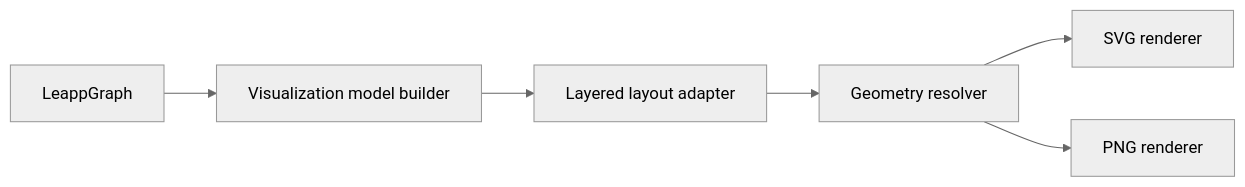
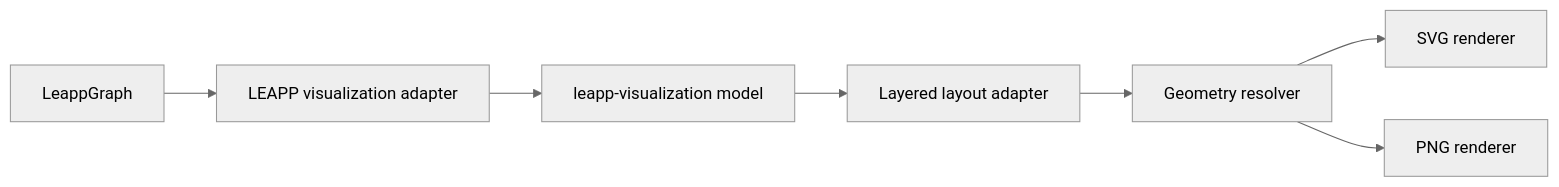
Before and after one commit to nvidia-isaac/leapp: the diagram in docs/design/graph-visualization-autolayout.md, drawn with Mermaid (neutral theme). The commit also changed other lines of this file and 22 other files, not shown here.

Commit message:
Split graph visualization into leapp-visualization package

````diff
--- a/docs/design/graph-visualization-autolayout.md
+++ b/docs/design/graph-visualization-autolayout.md
@@ -92,8 +94,9 @@
 ```mermaid
 flowchart LR
-    A[LeappGraph] --> B[Visualization model builder]
-    B --> C[Layered layout adapter]
-    C --> D[Geometry resolver]
-    D --> E[SVG renderer]
-    D --> F[PNG renderer]
+    A[LeappGraph] --> B[LEAPP visualization adapter]
+    B --> C[leapp-visualization model]
+    C --> D[Layered layout adapter]
+    D --> E[Geometry resolver]
+    E --> F[SVG renderer]
+    E --> G[PNG renderer]
 ```
````
